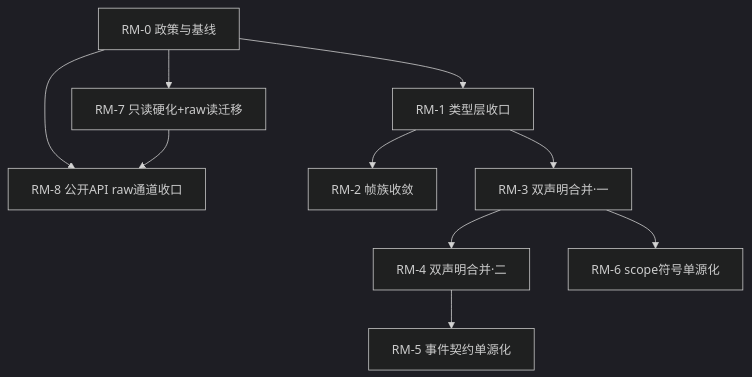
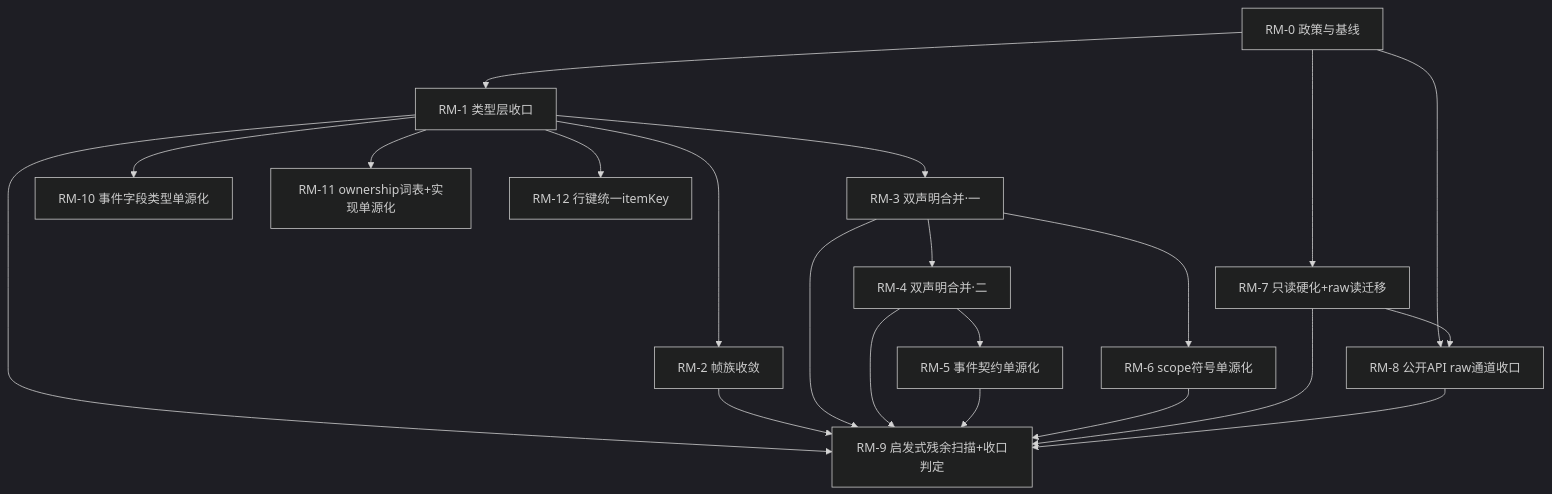
The diagram in docs/backlog/renderer-metamodel-roadmap.md (entropy-cloud/nop-chaos-flux), drawn with Mermaid (dark theme) before and after one commit. The commit also changed other lines of this file and 8 other files, not shown here.

````diff
--- a/docs/backlog/renderer-metamodel-roadmap.md
+++ b/docs/backlog/renderer-metamodel-roadmap.md
@@ -89,12 +107,23 @@
 ```mermaid
 graph TD
     RM0[RM-0 政策与基线] --> RM1[RM-1 类型层收口]
     RM0 --> RM7[RM-7 只读硬化+raw读迁移]
     RM0 --> RM8[RM-8 公开API raw通道收口]
     RM1 --> RM2[RM-2 帧族收敛]
     RM1 --> RM3[RM-3 双声明合并·一]
     RM3 --> RM4[RM-4 双声明合并·二]
     RM4 --> RM5[RM-5 事件契约单源化]
     RM3 --> RM6[RM-6 scope符号单源化]
     RM7 --> RM8
+    RM1 --> RM9[RM-9 启发式残余扫描+收口判定]
+    RM2 --> RM9
+    RM3 --> RM9
+    RM4 --> RM9
+    RM5 --> RM9
+    RM6 --> RM9
+    RM7 --> RM9
+    RM8 --> RM9
+    RM1 --> RM10[RM-10 事件字段类型单源化]
+    RM1 --> RM11[RM-11 ownership词表+实现单源化]
+    RM1 --> RM12[RM-12 行键统一itemKey]
 ```
````
